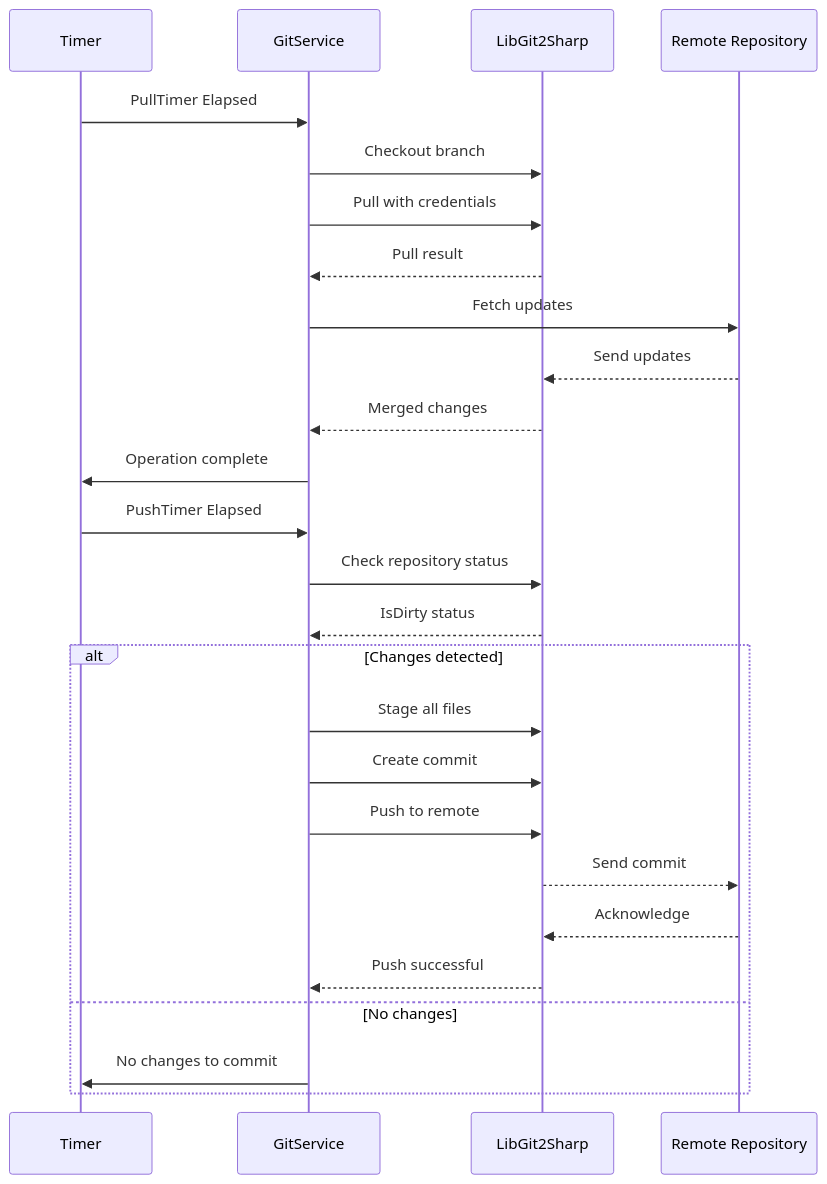
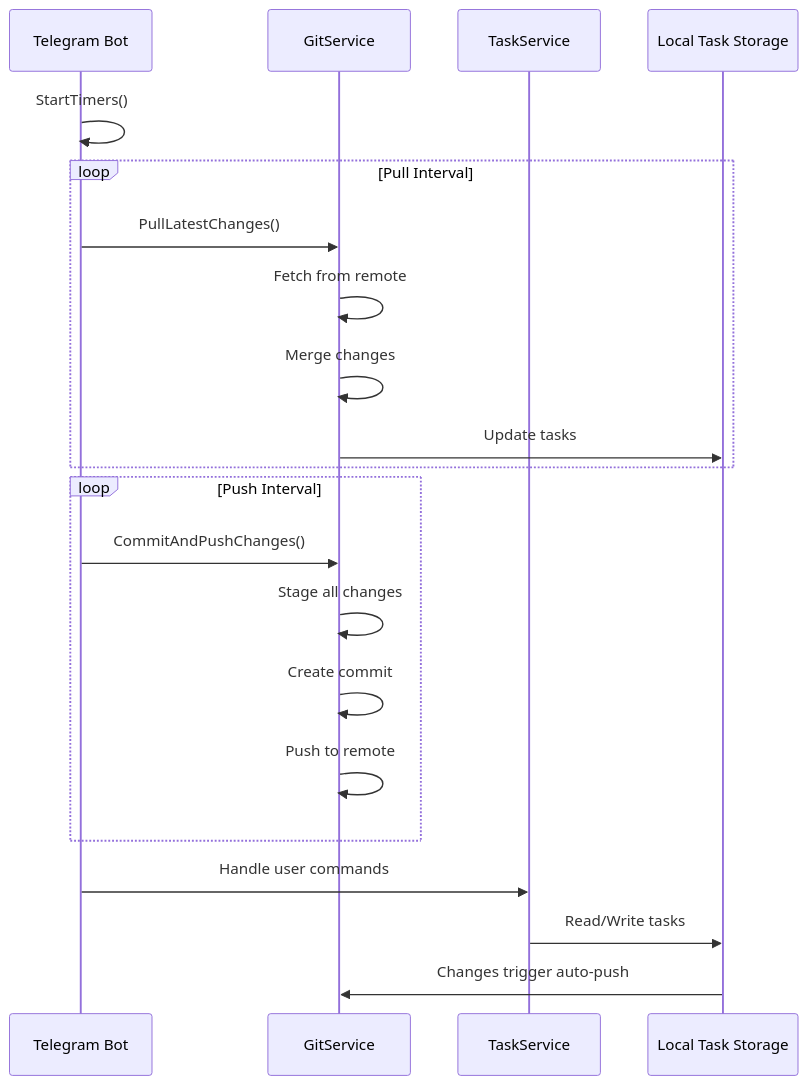
The second of 6 diagrams in .qoder/repowiki/en/content/Integration Guide/Integration Guide.md (Kibnet/Unlimotion), drawn with Mermaid before and after one commit. The commit also changed other lines of this file and 216 other files, not shown here.

````diff
--- a/.qoder/repowiki/en/content/Integration Guide/Integration Guide.md
+++ b/.qoder/repowiki/en/content/Integration Guide/Integration Guide.md
@@ -152,28 +140,23 @@
 ```mermaid
 sequenceDiagram
-participant Timer as Timer
+participant Bot as Telegram Bot
 participant GitService as GitService
-participant LibGit2Sharp as LibGit2Sharp
-participant Remote as Remote Repository
-Timer->>GitService : PullTimer Elapsed
-GitService->>LibGit2Sharp : Checkout branch
-GitService->>LibGit2Sharp : Pull with credentials
-LibGit2Sharp-->>GitService : Pull result
-GitService->>Remote : Fetch updates
-Remote-->>LibGit2Sharp : Send updates
-LibGit2Sharp-->>GitService : Merged changes
-GitService->>Timer : Operation complete
-Timer->>GitService : PushTimer Elapsed
-GitService->>LibGit2Sharp : Check repository status
-LibGit2Sharp-->>GitService : IsDirty status
-alt Changes detected
-GitService->>LibGit2Sharp : Stage all files
-GitService->>LibGit2Sharp : Create commit
-GitService->>LibGit2Sharp : Push to remote
-LibGit2Sharp-->>Remote : Send commit
-Remote-->>LibGit2Sharp : Acknowledge
-LibGit2Sharp-->>GitService : Push successful
-else No changes
-GitService->>Timer : No changes to commit
+participant TaskService as TaskService
+participant LocalStorage as Local Task Storage
+Bot->>Bot : StartTimers()
+loop Pull Interval
+Bot->>GitService : PullLatestChanges()
+GitService->>GitService : Fetch from remote
+GitService->>GitService : Merge changes
+GitService->>LocalStorage : Update tasks
 end
+loop Push Interval
+Bot->>GitService : CommitAndPushChanges()
+GitService->>GitService : Stage all changes
+GitService->>GitService : Create commit
+GitService->>GitService : Push to remote
+end
+Bot->>TaskService : Handle user commands
+TaskService->>LocalStorage : Read/Write tasks
+LocalStorage->>GitService : Changes trigger auto-push
 ```
````
